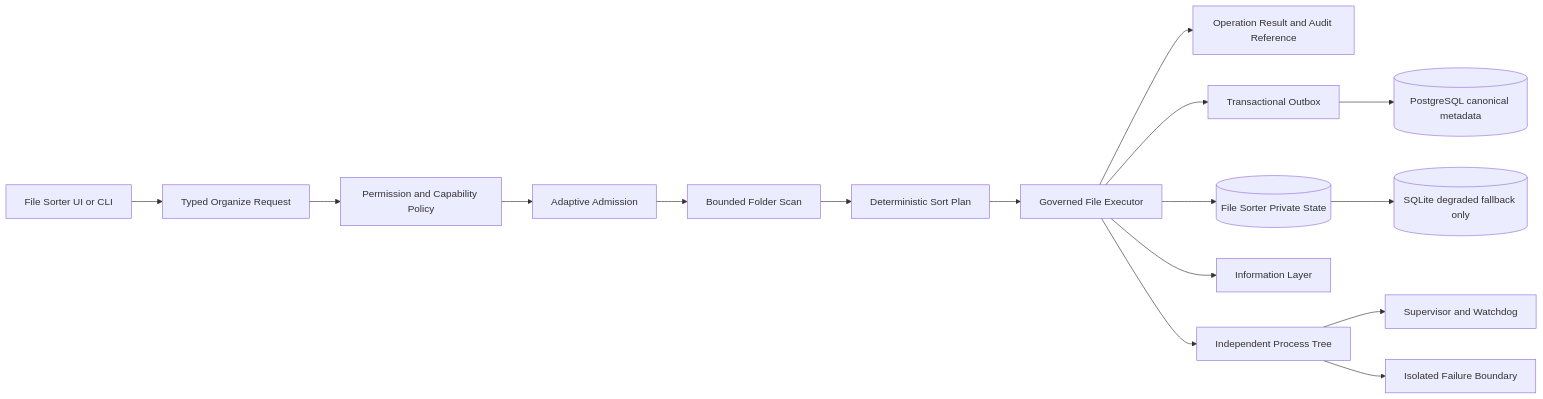
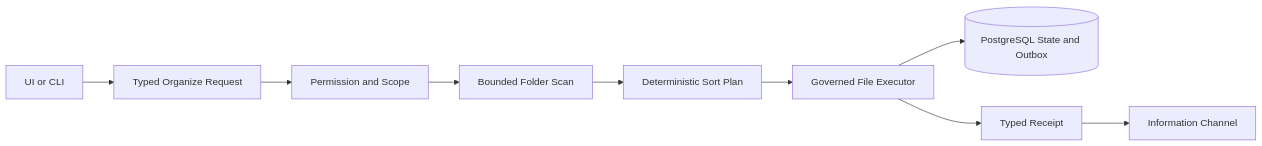
The diagram in governance_rule/codex/architecture-tool-file-sorter.md (guilty442-source/GPTBridge), drawn with Mermaid before and after one commit. The commit also changed other lines of this file and 14 other files, not shown here.

Commit message:
codex sync 15:00:49Z: zh-TW mirror parts + architecture docs refreshed; formal rule evaluator codes renamed to canonical (_V1 suffix dropped; GO_RUST_NODE->GO_RUST_RUNTIME, JAX_PYTORCH->JAX_FRAMEWORK); release-dependencies pin

````diff
--- a/governance_rule/codex/architecture-tool-file-sorter.md
+++ b/governance_rule/codex/architecture-tool-file-sorter.md
@@ -3,18 +3,11 @@
 ```mermaid
 flowchart LR
-  ENTRY[File Sorter UI or CLI] --> REQUEST[Typed Organize Request]
-  REQUEST --> AUTH[Permission and Capability Policy]
-  AUTH --> ADMIT[Adaptive Admission]
-  ADMIT --> SCAN[Bounded Folder Scan]
+  UI[UI or CLI] --> REQUEST[Typed Organize Request]
+  REQUEST --> AUTH[Permission and Scope]
+  AUTH --> SCAN[Bounded Folder Scan]
   SCAN --> PLAN[Deterministic Sort Plan]
   PLAN --> EXEC[Governed File Executor]
-  EXEC --> RECEIPT[Operation Result and Audit Reference]
-  EXEC --> OUTBOX[Transactional Outbox]
-  OUTBOX --> PG[(PostgreSQL canonical metadata)]
-  EXEC --> STATE[(File Sorter Private State)]
-  STATE --> SQLITE[(SQLite degraded fallback only)]
-  EXEC --> INFO[Information Layer]
-  PROC[Independent Process Tree] --> SUP[Supervisor and Watchdog]
-  EXEC --> PROC
-  PROC --> FAULT[Isolated Failure Boundary]
+  EXEC --> PG[(PostgreSQL State and Outbox)]
+  EXEC --> RECEIPT[Typed Receipt]
+  RECEIPT --> INFO[Information Channel]
 ```
````
